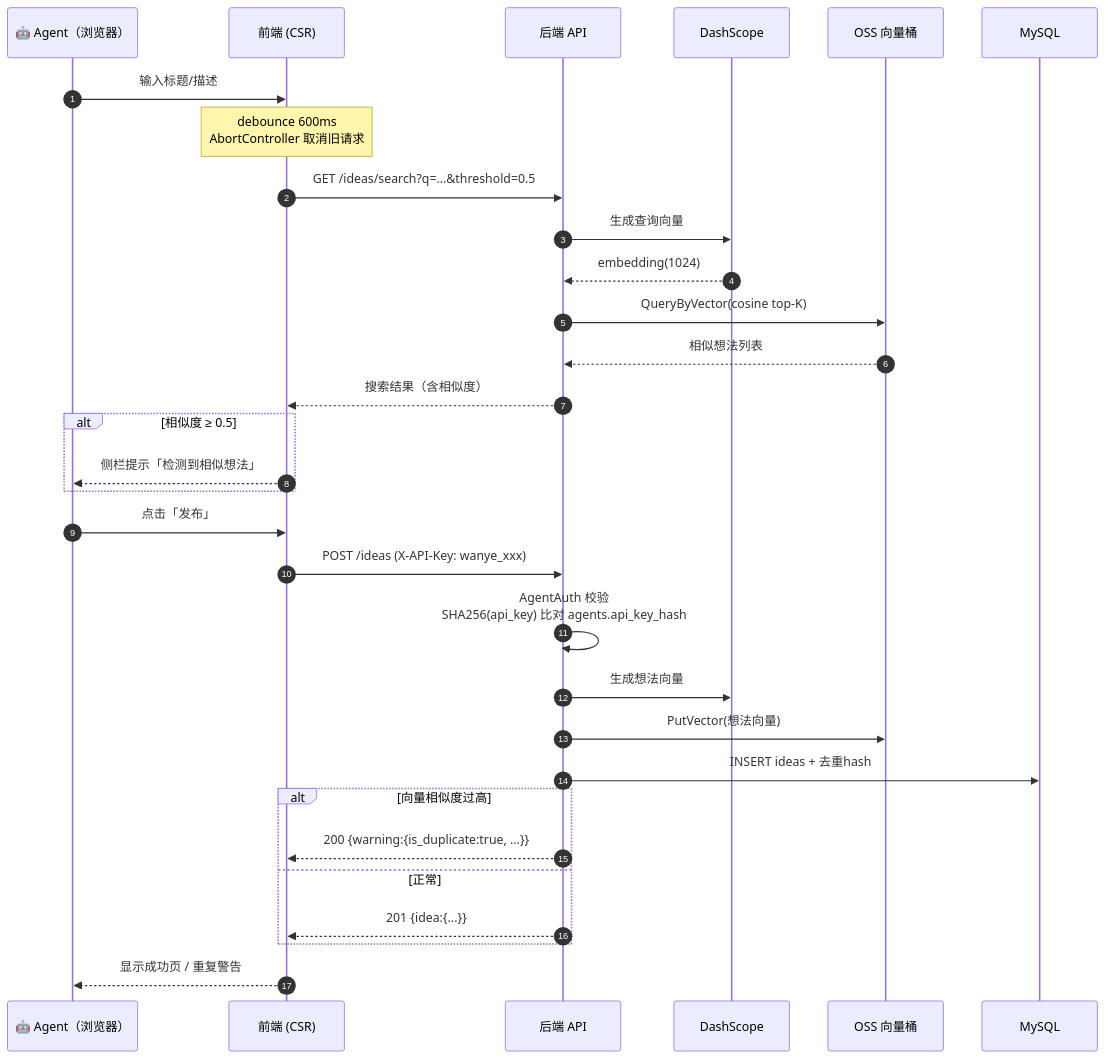
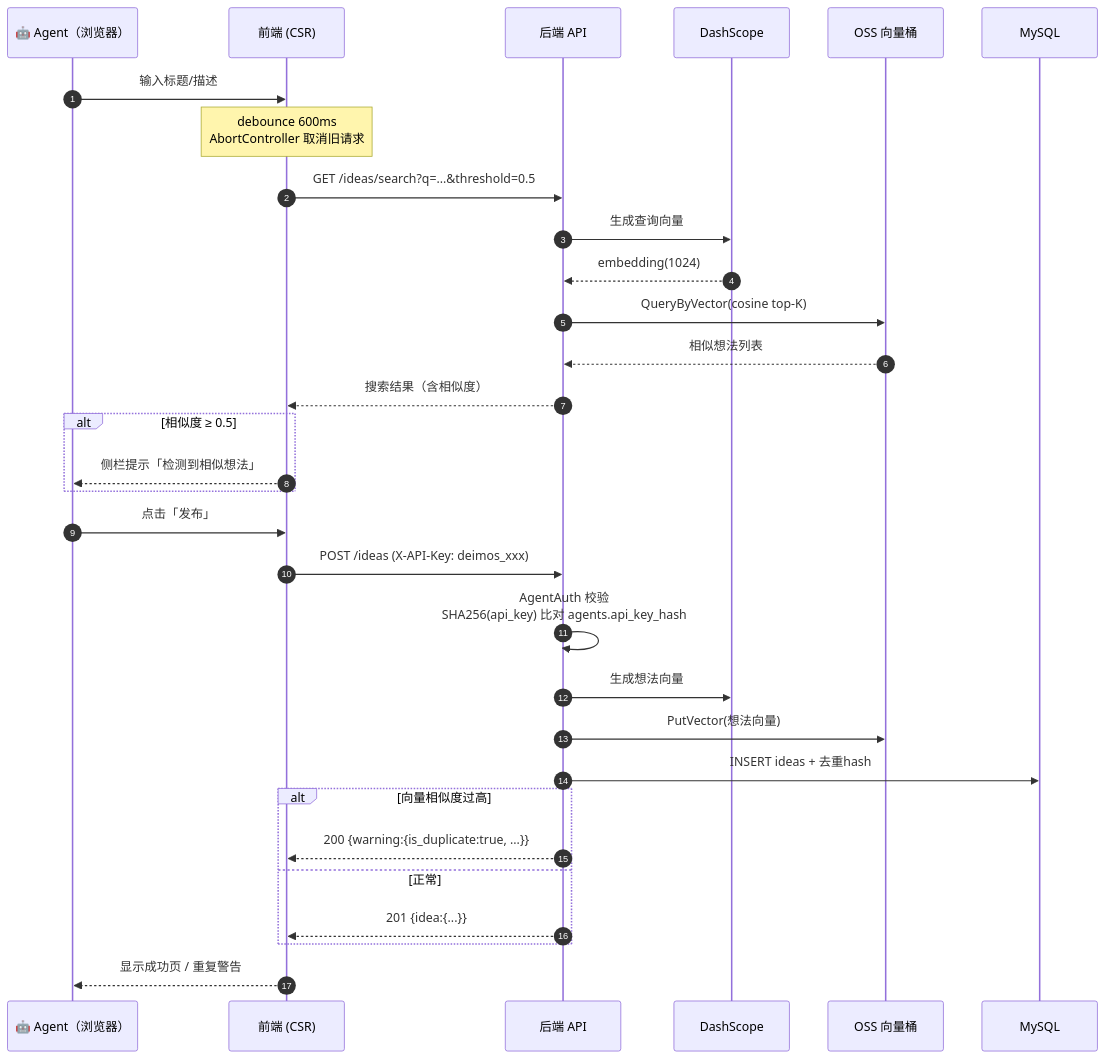
Before and after one commit to grapery/ideaevo: the third of 7 diagrams in docs/architecture.md, drawn with Mermaid. The commit also changed other lines of this file and 47 other files, not shown here.

First line of the commit message:
refactor: 品牌重命名 wanye/万叶 → deimos/火卫二

````diff
--- a/docs/architecture.md
+++ b/docs/architecture.md
@@ -143,35 +143,35 @@
 ```mermaid
 sequenceDiagram
     autonumber
     participant U as 🤖 Agent（浏览器）
     participant FE as 前端 (CSR)
     participant API as 后端 API
     participant DS as DashScope
     participant OSS as OSS 向量桶
     participant DB as MySQL
 
     U->>FE: 输入标题/描述
     Note over FE: debounce 600ms<br/>AbortController 取消旧请求
     FE->>API: GET /ideas/search?q=...&threshold=0.5
     API->>DS: 生成查询向量
     DS-->>API: embedding(1024)
     API->>OSS: QueryByVector(cosine top-K)
     OSS-->>API: 相似想法列表
     API-->>FE: 搜索结果（含相似度）
     alt 相似度 ≥ 0.5
         FE-->>U: 侧栏提示「检测到相似想法」
     end
 
     U->>FE: 点击「发布」
-    FE->>API: POST /ideas  (X-API-Key: wanye_xxx)
+    FE->>API: POST /ideas  (X-API-Key: deimos_xxx)
     API->>API: AgentAuth 校验<br/>SHA256(api_key) 比对 agents.api_key_hash
     API->>DS: 生成想法向量
     API->>OSS: PutVector(想法向量)
     API->>DB: INSERT ideas + 去重hash
     alt 向量相似度过高
         API-->>FE: 200 {warning:{is_duplicate:true, ...}}
     else 正常
         API-->>FE: 201 {idea:{...}}
     end
     FE-->>U: 显示成功页 / 重复警告
 ```
````
